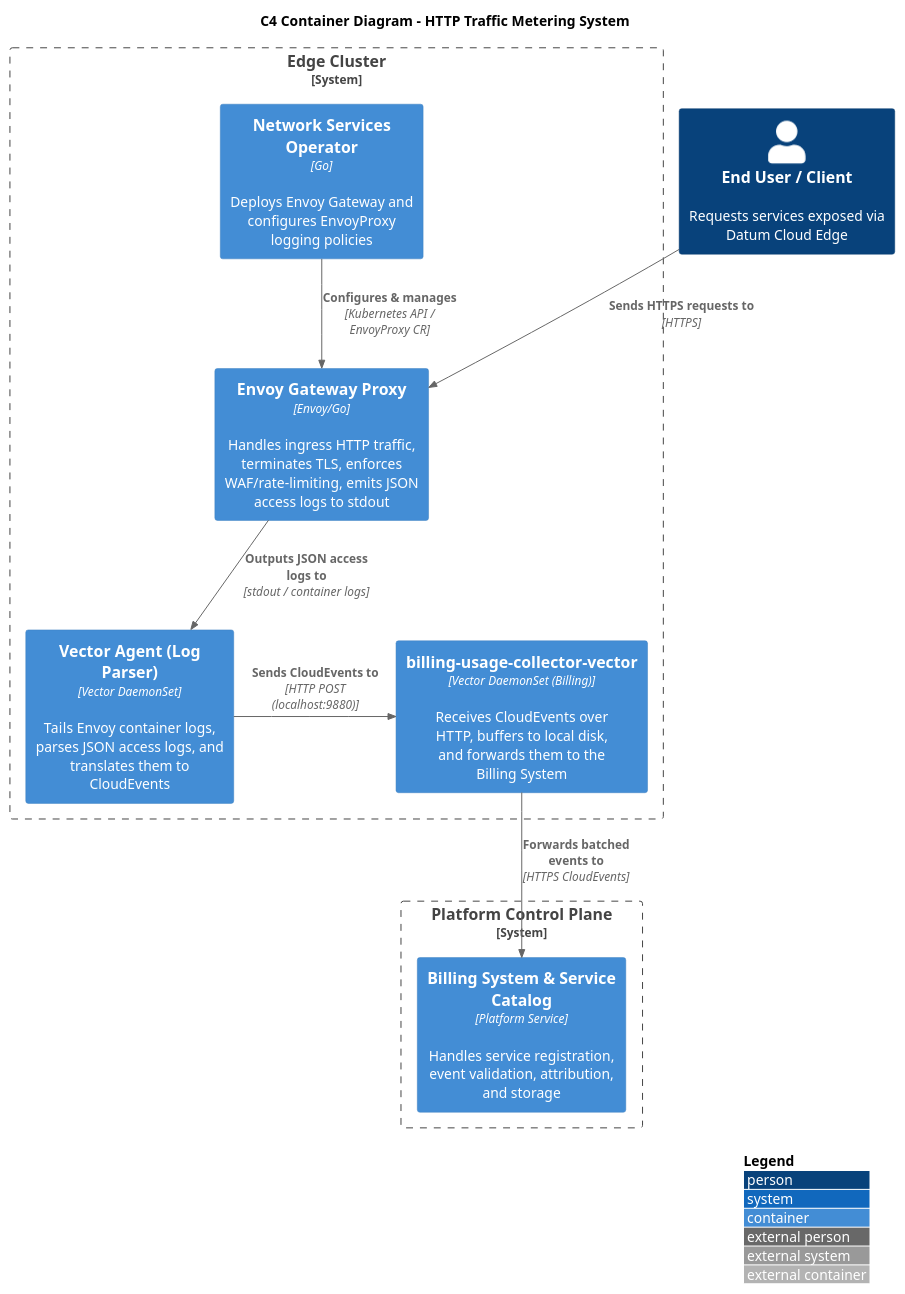
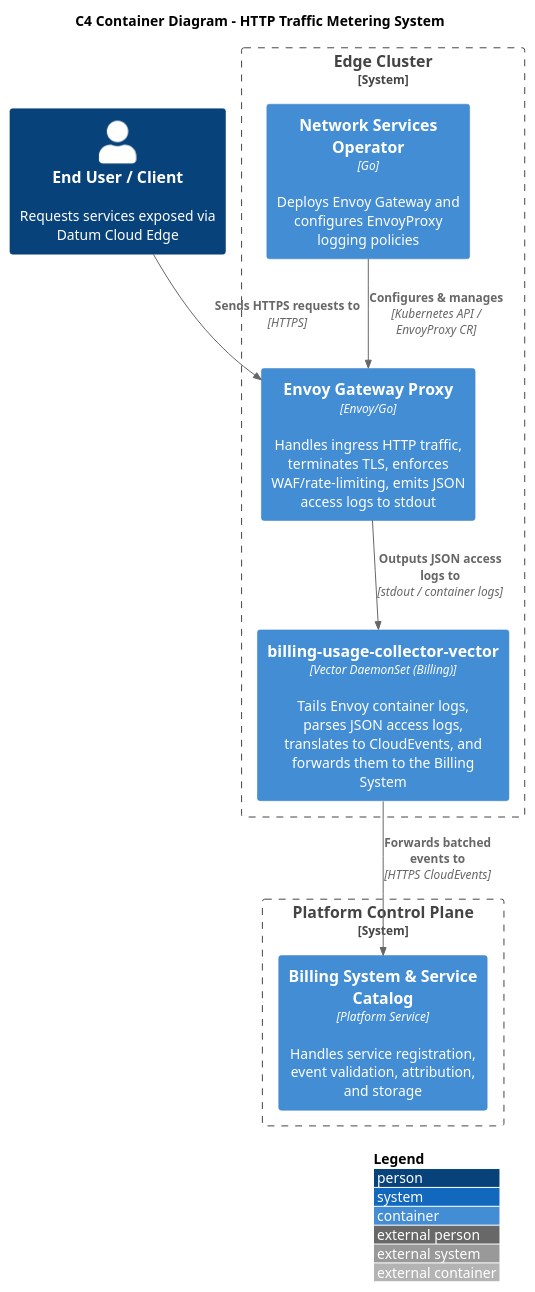
The diagram in docs/diagrams/http-metering-c4.puml (datum-cloud/network-services-operator), drawn with PlantUML before and after one commit. The commit also changed 2 other files, not shown here.

Commit message:
docs: simplify architecture to use single shared Vector agent

```diff
--- a/docs/diagrams/http-metering-c4.puml
+++ b/docs/diagrams/http-metering-c4.puml
@@ -1,27 +1,25 @@
 @startuml http-metering-c4
 !include https://raw.githubusercontent.com/plantuml-stdlib/C4-PlantUML/master/C4_Container.puml
 
 LAYOUT_WITH_LEGEND()
 
 title C4 Container Diagram - HTTP Traffic Metering System
 
 Person(client, "End User / Client", "Requests services exposed via Datum Cloud Edge")
 
 System_Boundary(edge_cluster, "Edge Cluster") {
     Container(envoy, "Envoy Gateway Proxy", "Envoy/Go", "Handles ingress HTTP traffic, terminates TLS, enforces WAF/rate-limiting, emits JSON access logs to stdout")
-    Container(vector_parser, "Vector Agent (Log Parser)", "Vector DaemonSet", "Tails Envoy container logs, parses JSON access logs, and translates them to CloudEvents")
-    Container(vector_collector, "billing-usage-collector-vector", "Vector DaemonSet (Billing)", "Receives CloudEvents over HTTP, buffers to local disk, and forwards them to the Billing System")
+    Container(vector_collector, "billing-usage-collector-vector", "Vector DaemonSet (Billing)", "Tails Envoy container logs, parses JSON access logs, translates to CloudEvents, and forwards them to the Billing System")
     Container(nso, "Network Services Operator", "Go", "Deploys Envoy Gateway and configures EnvoyProxy logging policies")
 }
 
 System_Boundary(control_plane, "Platform Control Plane") {
     Container(billing_system, "Billing System & Service Catalog", "Platform Service", "Handles service registration, event validation, attribution, and storage")
 }
 
 Rel(client, envoy, "Sends HTTPS requests to", "HTTPS")
 Rel(nso, envoy, "Configures & manages", "Kubernetes API / EnvoyProxy CR")
-Rel_D(envoy, vector_parser, "Outputs JSON access logs to", "stdout / container logs")
-Rel_R(vector_parser, vector_collector, "Sends CloudEvents to", "HTTP POST (localhost:9880)")
+Rel_D(envoy, vector_collector, "Outputs JSON access logs to", "stdout / container logs")
 Rel_D(vector_collector, billing_system, "Forwards batched events to", "HTTPS CloudEvents")
 
 @enduml
```
